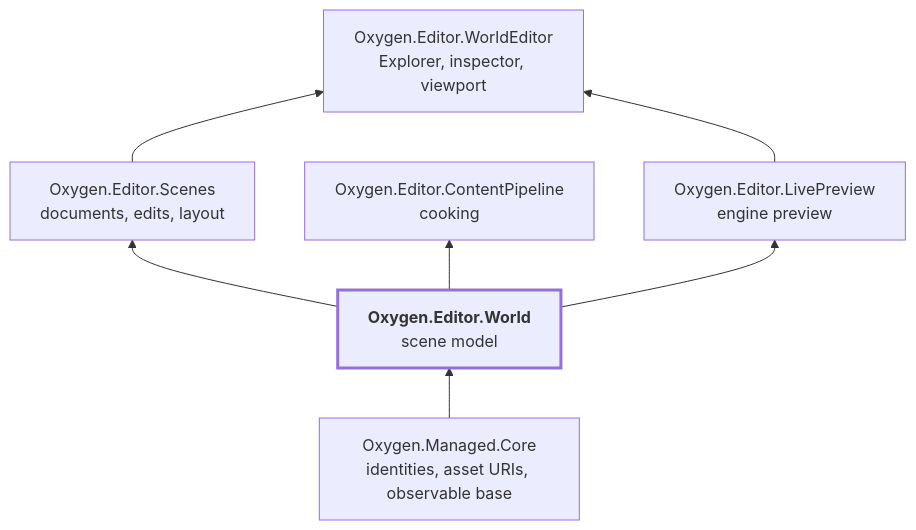
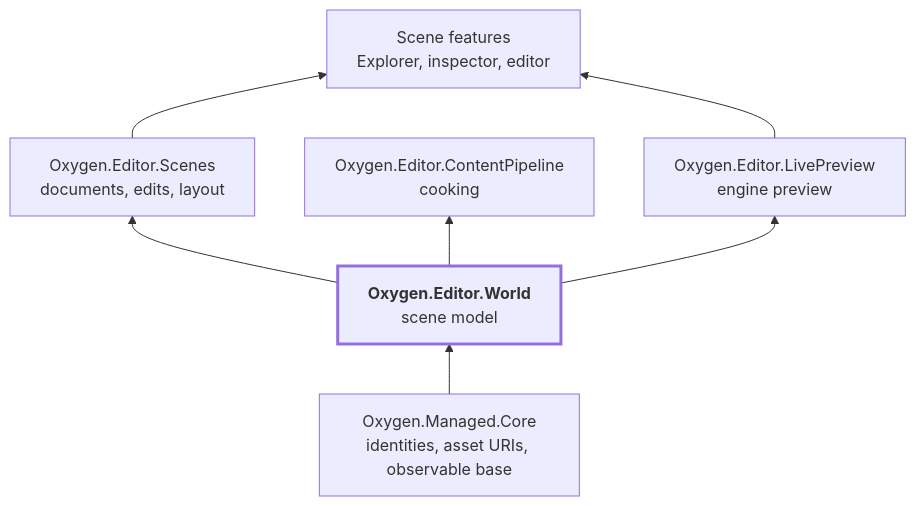
One commit to abdes/DroidNet changed the first of 7 diagrams in projects/Oxygen.Editor.World/README.md. Above: the diagram before and after it, drawn with Mermaid. The commit also changed other lines of this file and 103 other files, not shown here.

````diff
--- a/projects/Oxygen.Editor.World/README.md
+++ b/projects/Oxygen.Editor.World/README.md
@@ -27,19 +27,19 @@
 ```mermaid
 flowchart BT
     core["Oxygen.Managed.Core<br/>identities, asset URIs, observable base"]
     world["<b>Oxygen.Editor.World</b><br/>scene model"]
     scenes["Oxygen.Editor.Scenes<br/>documents, edits, layout"]
     cook["Oxygen.Editor.ContentPipeline<br/>cooking"]
     preview["Oxygen.Editor.LivePreview<br/>engine preview"]
-    ui["Oxygen.Editor.WorldEditor<br/>Explorer, inspector, viewport"]
+    ui["Scene features<br/>Explorer, inspector, editor"]
 
     core --> world
     world --> scenes
     world --> cook
     world --> preview
     scenes --> ui
     preview --> ui
 
     classDef focus stroke-width:3px
     class world focus
 ```
````
